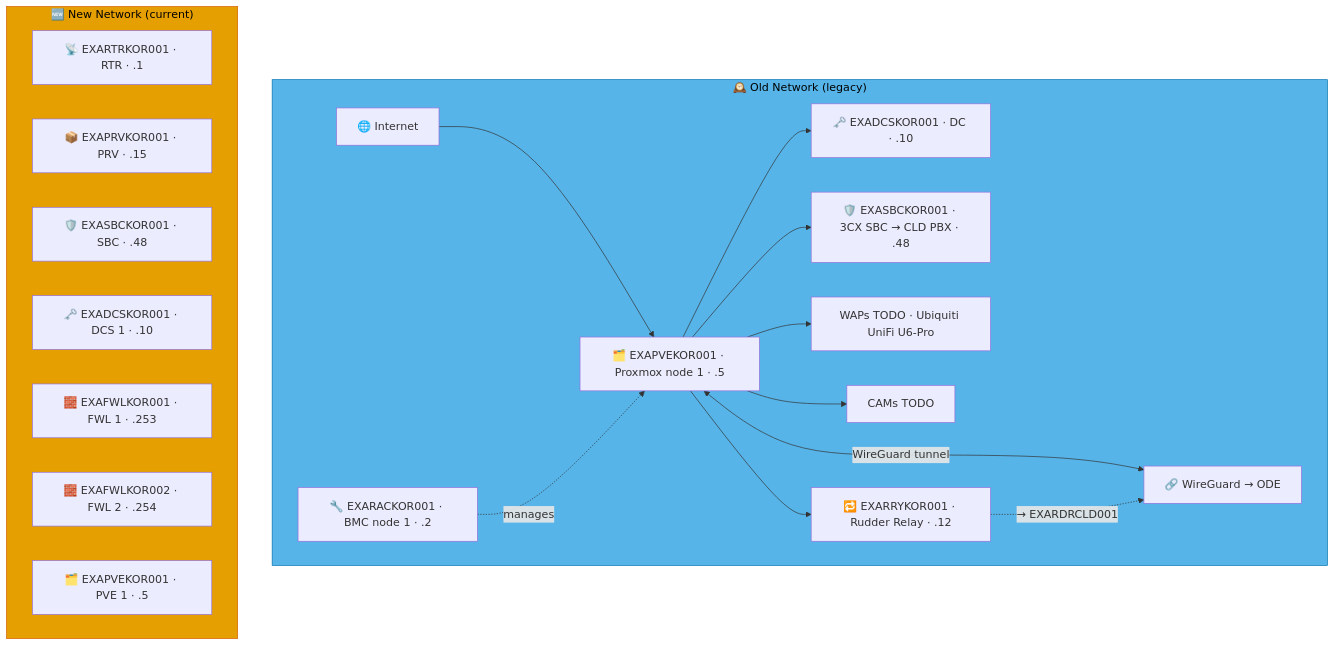
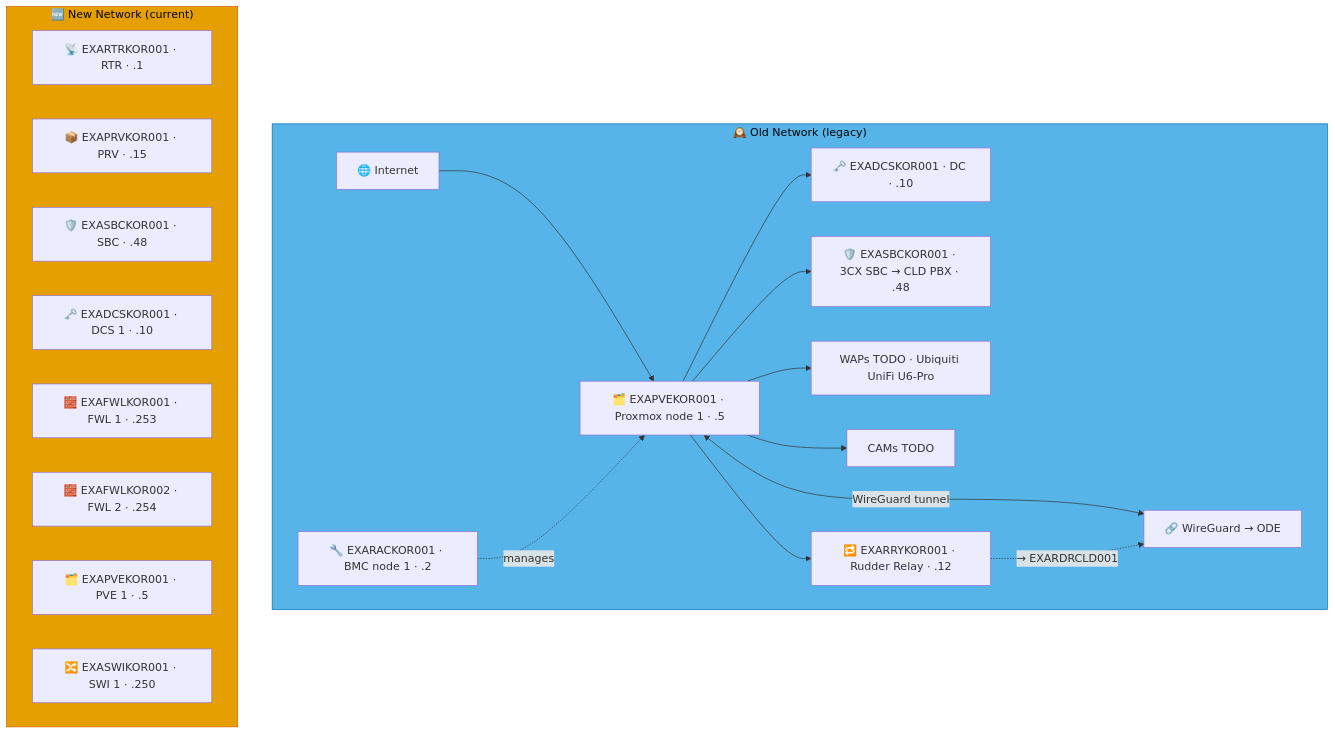
One commit to knightmare2600/example_music_infra changed the fifth of 9 diagrams in docs/network-diagram/danmark.md. Above: the diagram before and after it, drawn with Mermaid. The commit also changed other lines of this file and 12 other files, not shown here.

````diff
--- a/docs/network-diagram/danmark.md
+++ b/docs/network-diagram/danmark.md
@@ -232,35 +235,36 @@
 ```mermaid
 graph TD
     subgraph OLD_KOR ["🕰️ Old Network (legacy)"]
       INET["🌐 Internet"]
       RAC["🔧 EXARACKOR001 · BMC node 1 · .2"]
       PVE["🗂️ EXAPVEKOR001 · Proxmox node 1 · .5"]
       DC["🗝️ EXADCSKOR001 · DC · .10"]
       SBC["🛡️ EXASBCKOR001 · 3CX SBC → CLD PBX · .48"]
       RRY["🔁 EXARRYKOR001 · Rudder Relay · .12"]
       WAP["WAPs TODO · Ubiquiti UniFi U6-Pro"]
       CAM["CAMs TODO"]
       VPN["🔗 WireGuard → ODE"]
 
       INET --> PVE --> DC & SBC
       RAC -.->|"manages"| PVE
       PVE --> WAP & CAM
       PVE <-->|"WireGuard tunnel"| VPN
 
       PVE --> RRY
       RRY -. "→ EXARDRCLD001" .-> VPN
     end
     style OLD_KOR fill:#56B4E9,stroke:#0072B2,color:#000000
     %% GENERATED:NEW-NETWORK:KOR:START
     subgraph NEW_KOR ["🆕 New Network (current)"]
       N_RTR["📡 EXARTRKOR001 · RTR · .1"]
       N_PRV["📦 EXAPRVKOR001 · PRV · .15"]
       N_SBC["🛡️ EXASBCKOR001 · SBC · .48"]
       N_DCS["🗝️ EXADCSKOR001 · DCS 1 · .10"]
       N_FWL["🧱 EXAFWLKOR001 · FWL 1 · .253"]
       N_FWL2["🧱 EXAFWLKOR002 · FWL 2 · .254"]
       N_PVE["🗂️ EXAPVEKOR001 · PVE 1 · .5"]
+      N_SWI["🔀 EXASWIKOR001 · SWI 1 · .250"]
     end
     style NEW_KOR fill:#E69F00,stroke:#D55E00,color:#000000
     %% GENERATED:NEW-NETWORK:KOR:END
 ```
````
